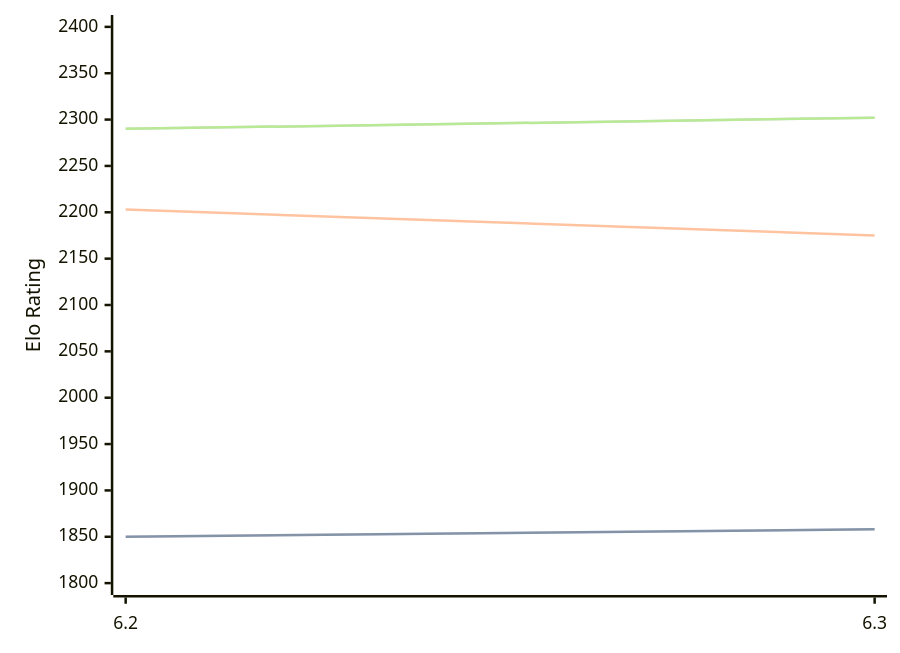
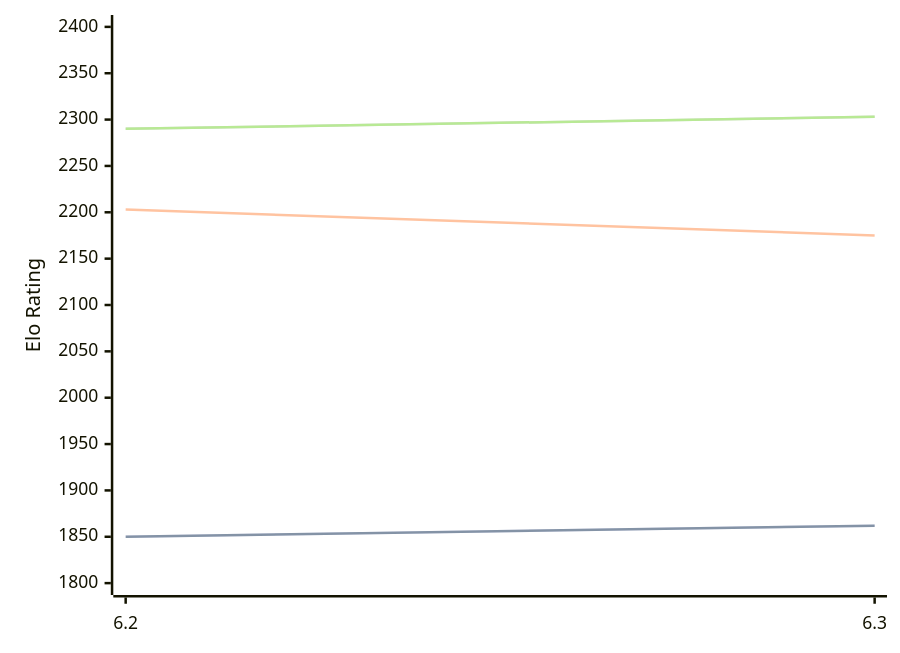
Before and after one commit to computer-chess-index/cci: the diagram in engines/chess4j.md, drawn with Mermaid. The commit also changed other lines of this file, not shown here.

Commit message:
Update CCI Ratings (ELO VLTC) - 2026-08-20

````diff
--- a/engines/chess4j.md
+++ b/engines/chess4j.md
@@ -32,11 +32,11 @@
 ```mermaid
 %%{init: {"theme":"base","themeVariables":{"seriesColors:['#a3a3a3','#222221','#faa371']}}}%%
 xychart-beta
   x-axis ["6.2", "6.3"]
   y-axis "Elo Rating" 1800 --> 2400
-  line "STC (8.0+0.08s)" [1850, 1858]
-  line "STC (8.0+0.08s)" [1850, 1858]
+  line "STC (8.0+0.08s)" [1850, 1862]
+  line "STC (8.0+0.08s)" [1850, 1862]
   line "LTC (60.0+0.60s)" [2203, 2175]
-  line "VLTC (2m24s+1.12s)" [2290, 2302]
-  line "VLTC (2m24s+1.12s)" [2290, 2302]
+  line "VLTC (2m24s+1.12s)" [2290, 2303]
+  line "VLTC (2m24s+1.12s)" [2290, 2303]
 ```
````
